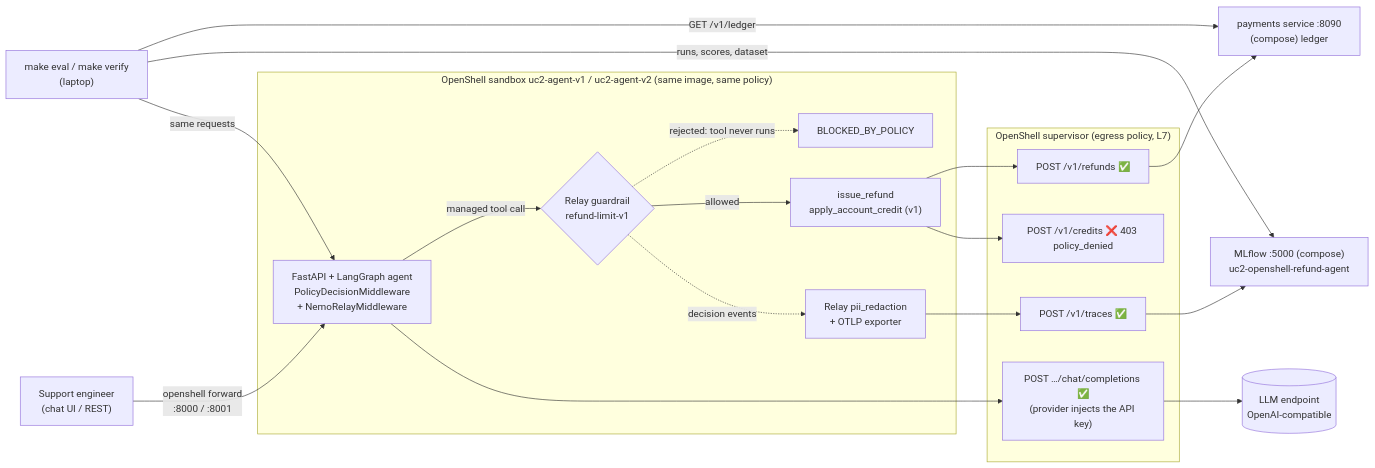
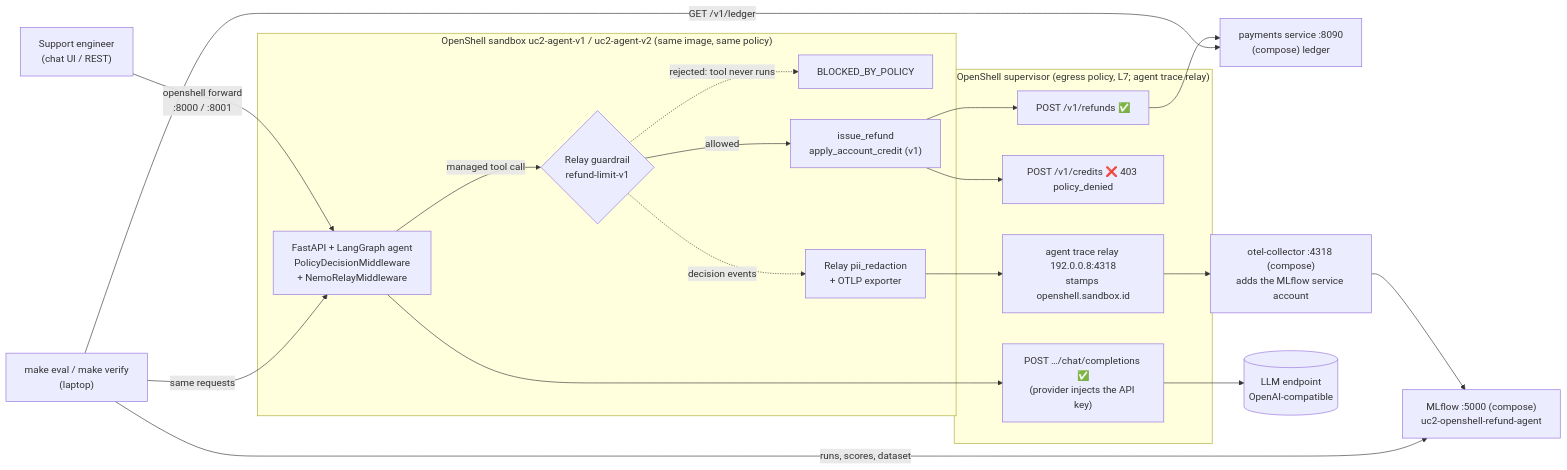
One commit to etirelli/mlflow-nemo-relay changed the diagram in demos/uc2-openshell/docs/architecture.md. Above: the diagram before and after it, drawn with Mermaid. The commit also changed other lines of this file and 17 other files, not shown here.

First line of the commit message:
Route uc2-openshell traces through the OpenShell agent trace relay

````diff
--- a/demos/uc2-openshell/docs/architecture.md
+++ b/demos/uc2-openshell/docs/architecture.md
@@ -5,28 +5,29 @@
 ```mermaid
 flowchart LR
     user["Support engineer<br/>(chat UI / REST)"] -->|"openshell forward<br/>:8000 / :8001"| app
 
     subgraph sandbox["OpenShell sandbox uc2-agent-v1 / uc2-agent-v2 (same image, same policy)"]
         app["FastAPI + LangGraph agent<br/>PolicyDecisionMiddleware<br/>+ NemoRelayMiddleware"]
         app -->|"managed tool call"| guard{"Relay guardrail<br/>refund-limit-v1"}
         guard -.->|"rejected: tool never runs"| blocked["BLOCKED_BY_POLICY"]
         guard -->|"allowed"| tools["issue_refund<br/>apply_account_credit (v1)"]
         guard -. "decision events" .-> pii["Relay pii_redaction<br/>+ OTLP exporter"]
     end
 
-    subgraph supervisor["OpenShell supervisor (egress policy, L7)"]
+    subgraph supervisor["OpenShell supervisor (egress policy, L7; agent trace relay)"]
         allow1["POST /v1/refunds ✅"]
         deny1["POST /v1/credits ❌ 403 policy_denied"]
-        allow2["POST /v1/traces ✅"]
         allow3["POST …/chat/completions ✅<br/>(provider injects the API key)"]
+        relay["agent trace relay 192.0.0.8:4318<br/>stamps openshell.sandbox.id"]
     end
 
     tools --> allow1 --> payments["payments service :8090<br/>(compose) ledger"]
     tools --> deny1
-    pii --> allow2 --> mlflow["MLflow :5000 (compose)<br/>uc2-openshell-refund-agent"]
+    pii --> relay --> collector["otel-collector :4318 (compose)<br/>adds the MLflow service account"]
+    collector --> mlflow["MLflow :5000 (compose)<br/>uc2-openshell-refund-agent"]
     app --> allow3 --> llm[("LLM endpoint<br/>OpenAI-compatible")]
 
     evalr["make eval / make verify<br/>(laptop)"] -->|"same requests"| app
     evalr -->|"runs, scores, dataset"| mlflow
     evalr -->|"GET /v1/ledger"| payments
 ```
````
